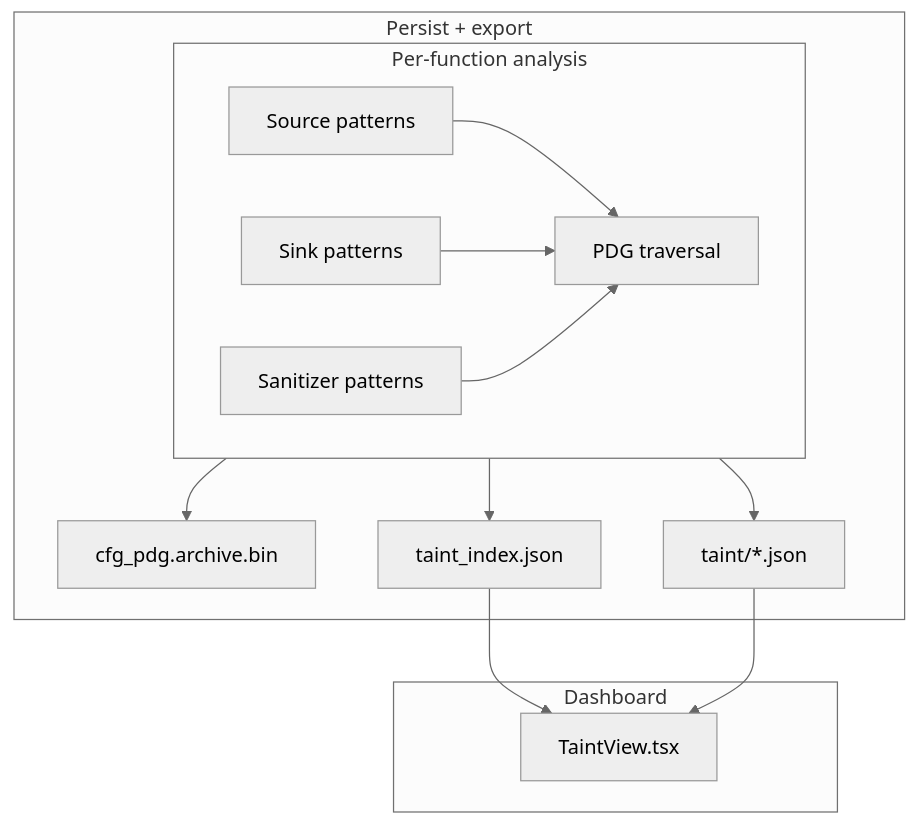
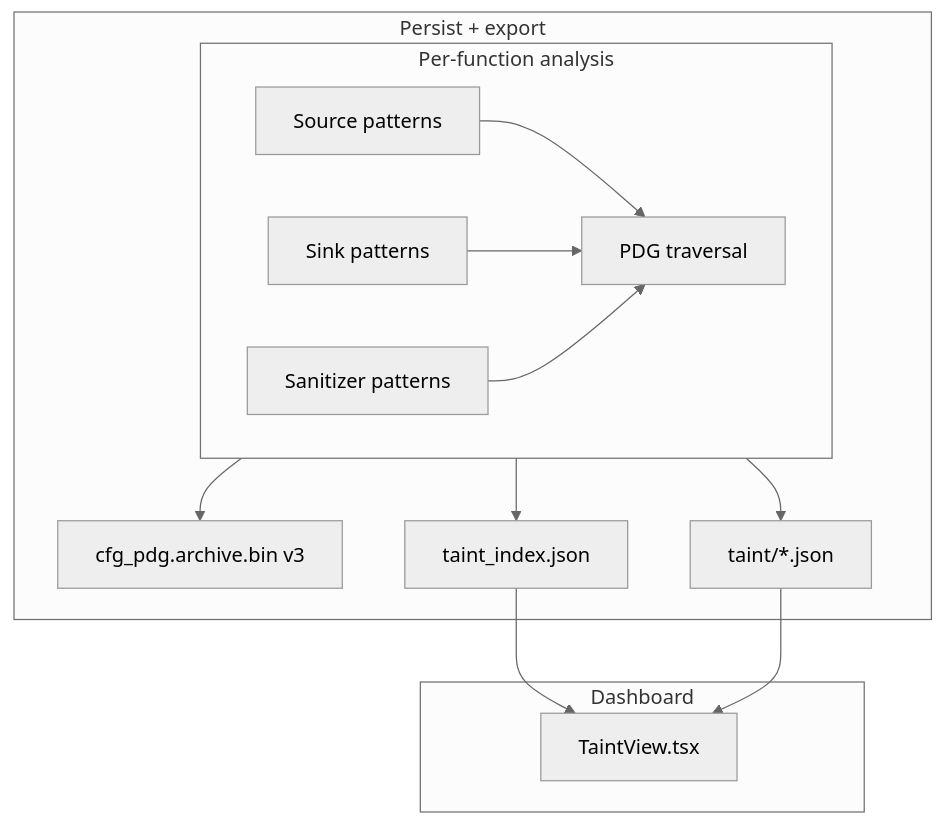
The diagram in docs/design/taint-analysis-design.md (l3acon/rgctl), drawn with Mermaid (neutral theme) before and after one commit. The commit also changed other lines of this file and 79 other files, not shown here.

````diff
--- a/docs/design/taint-analysis-design.md
+++ b/docs/design/taint-analysis-design.md
@@ -26,27 +26,27 @@
 ```mermaid
 flowchart TB
   subgraph analysis["Per-function analysis"]
     SRC[Source patterns]
     SNK[Sink patterns]
     SAN[Sanitizer patterns]
     PDG[PDG traversal]
     SRC --> PDG
     SNK --> PDG
     SAN --> PDG
   end
 
   subgraph persist["Persist + export"]
-    ARC[cfg_pdg.archive.bin]
+    ARC["cfg_pdg.archive.bin v3"]
     TI[taint_index.json]
     TD[taint/*.json]
     analysis --> ARC
     analysis --> TI
     analysis --> TD
   end
 
   subgraph ui["Dashboard"]
     TV[TaintView.tsx]
     TI --> TV
     TD --> TV
   end
 ```
````
